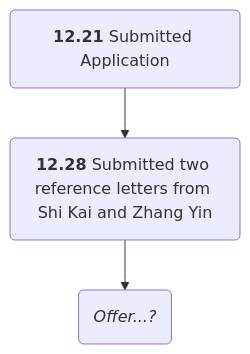
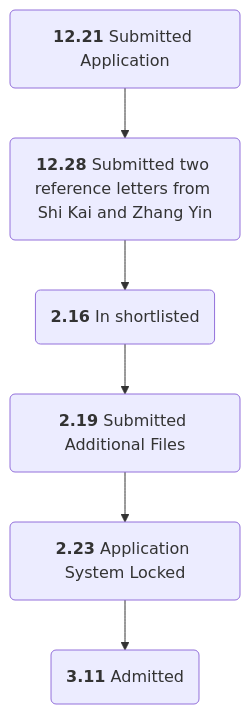
Before and after one commit to Revive-dontwanttocode/Revive-dontwanttocode.github.io: diagram 12 of 14 in _posts/2023-12-15-24Fall申请记录.md, drawn with Mermaid. The commit also changed other lines of this file and 2 other files, not shown here.

````diff
--- a/_posts/2023-12-15-24Fall申请记录.md
+++ b/_posts/2023-12-15-24Fall申请记录.md
@@ -229,10 +244,16 @@
 ```mermaid
 flowchart
-Submitted("`**12.21** Submitted Application`")
+  Submitted("`**12.21** Submitted Application`")
 
-ReferenceLetter("`**12.28** Submitted two reference letters from Shi Kai and Zhang Yin`")
+  ReferenceLetter("`**12.28** Submitted two reference letters from Shi Kai and Zhang Yin`")
 
-Offer("`*Offer...?*`")
+  Shortlisted("`**2.16** In shortlisted`")
 
-Submitted --> ReferenceLetter --> Offer
+  SubmittedAdditionalFiles("`**2.19** Submitted Additional Files`")
+
+  SystemLocked("`**2.23** Application System Locked`")
+
+  Offer("`**3.11** Admitted`")
+
+  Submitted --> ReferenceLetter --> Shortlisted --> SubmittedAdditionalFiles --> SystemLocked --> Offer
 ```
````
